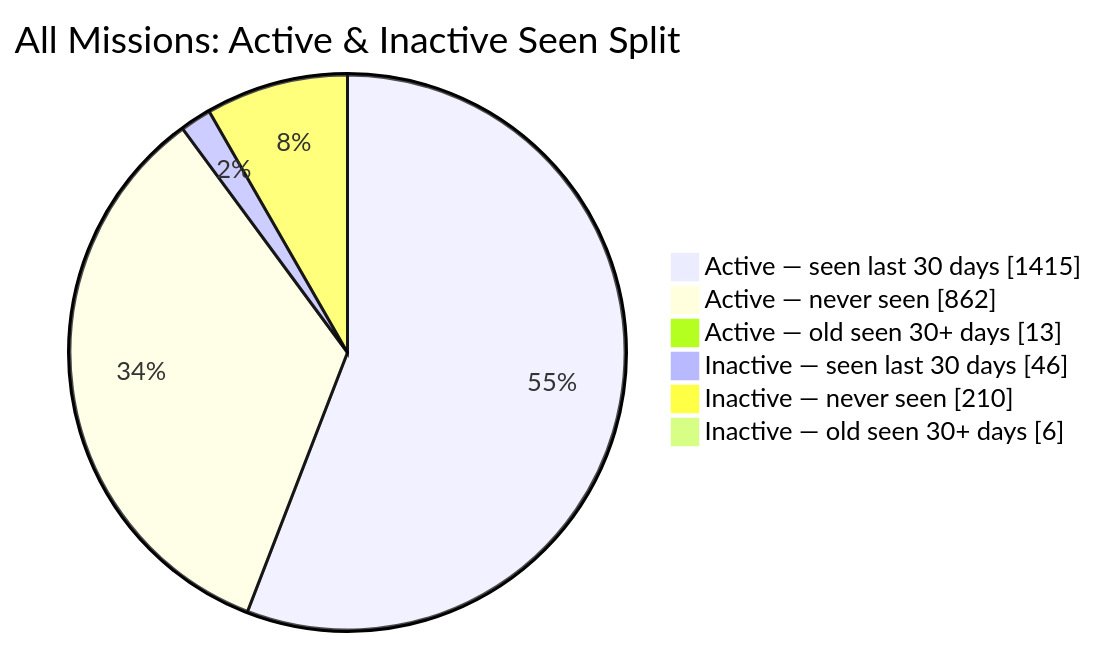
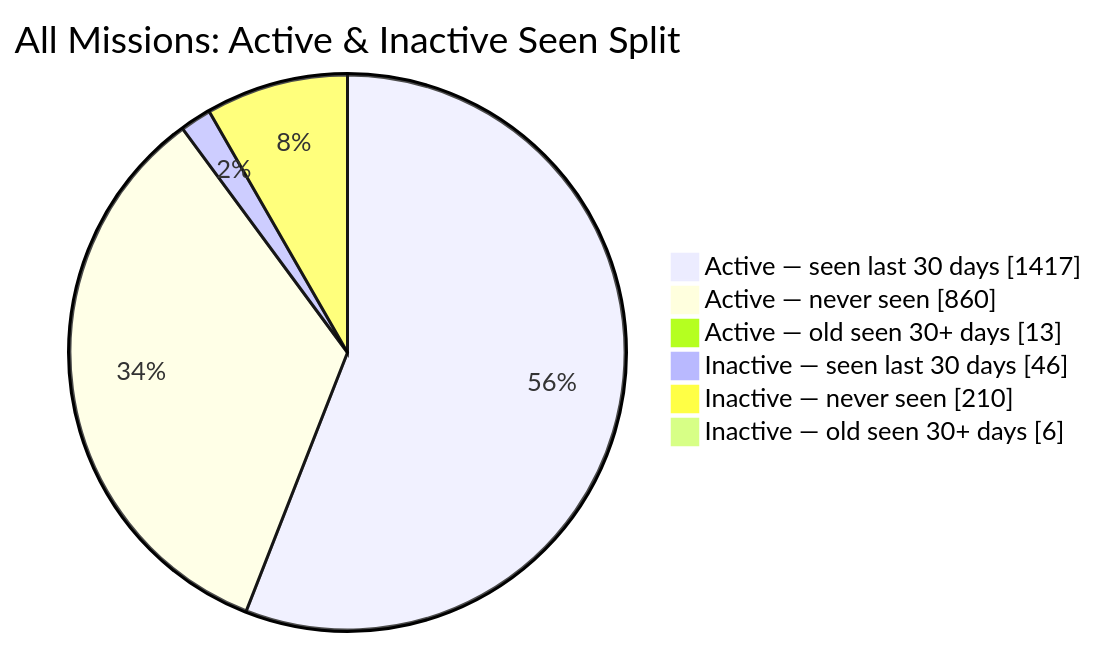
One commit to MeldkamerspelGameTeam/active-missions changed the second of 2 diagrams in README.md. Above: the diagram before and after it, drawn with Mermaid. The commit also changed other lines of this file and 3 other files, not shown here.

````diff
--- a/README.md
+++ b/README.md
@@ -44,10 +44,10 @@
 ```mermaid
 pie showData
     title All Missions: Active & Inactive Seen Split
-    "Active — seen last 30 days" : 1415
-    "Active — never seen" : 862
+    "Active — seen last 30 days" : 1417
+    "Active — never seen" : 860
     "Active — old seen 30+ days" : 13
     "Inactive — seen last 30 days" : 46
     "Inactive — never seen" : 210
     "Inactive — old seen 30+ days" : 6
 ```
````
